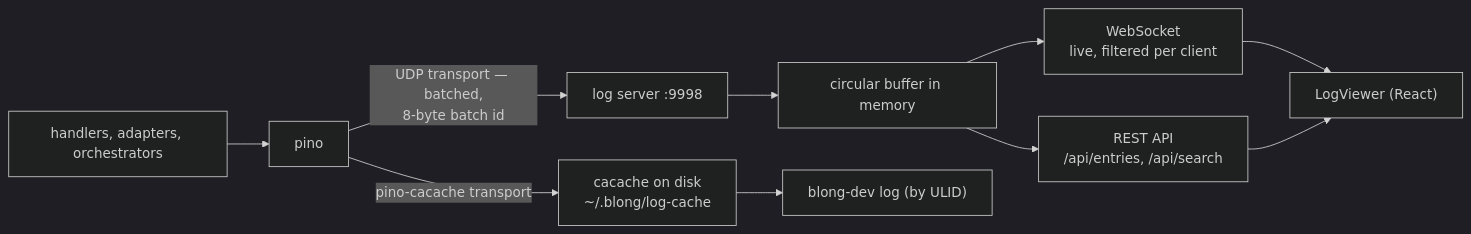
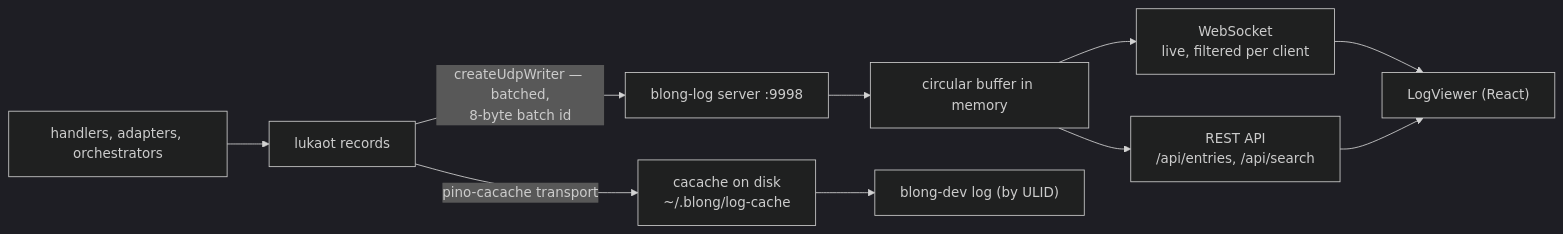
One commit to feasibleone/blong changed the first of 2 diagrams in docs/blong/docs/patterns/log.md. Above: the diagram before and after it, drawn with Mermaid (dark theme). The commit also changed other lines of this file and 156 other files, not shown here.

Commit message:
feat: align blong-log with lukaot

````diff
--- a/docs/blong/docs/patterns/log.md
+++ b/docs/blong/docs/patterns/log.md
@@ -12,12 +15,12 @@
 ```mermaid
 flowchart LR
-    app["handlers, adapters, orchestrators"] --> pino["pino"]
-    pino -->|"UDP transport — batched,<br/>8-byte batch id"| srv["log server :9998"]
-    pino -->|"pino-cacache transport"| disk["cacache on disk<br/>~/.blong/log-cache"]
+    app["handlers, adapters, orchestrators"] --> emitter["lukaot records"]
+    emitter -->|"createUdpWriter — batched,<br/>8-byte batch id"| srv["blong-log server :9998"]
+    emitter -->|"pino-cacache transport"| disk["cacache on disk<br/>~/.blong/log-cache"]
     srv --> buf["circular buffer in memory"]
     buf --> ws["WebSocket<br/>live, filtered per client"]
     buf --> rest["REST API<br/>/api/entries, /api/search"]
     ws --> viewer["LogViewer (React)"]
     rest --> viewer
     disk --> cli["blong-dev log (by ULID)"]
 ```
````
